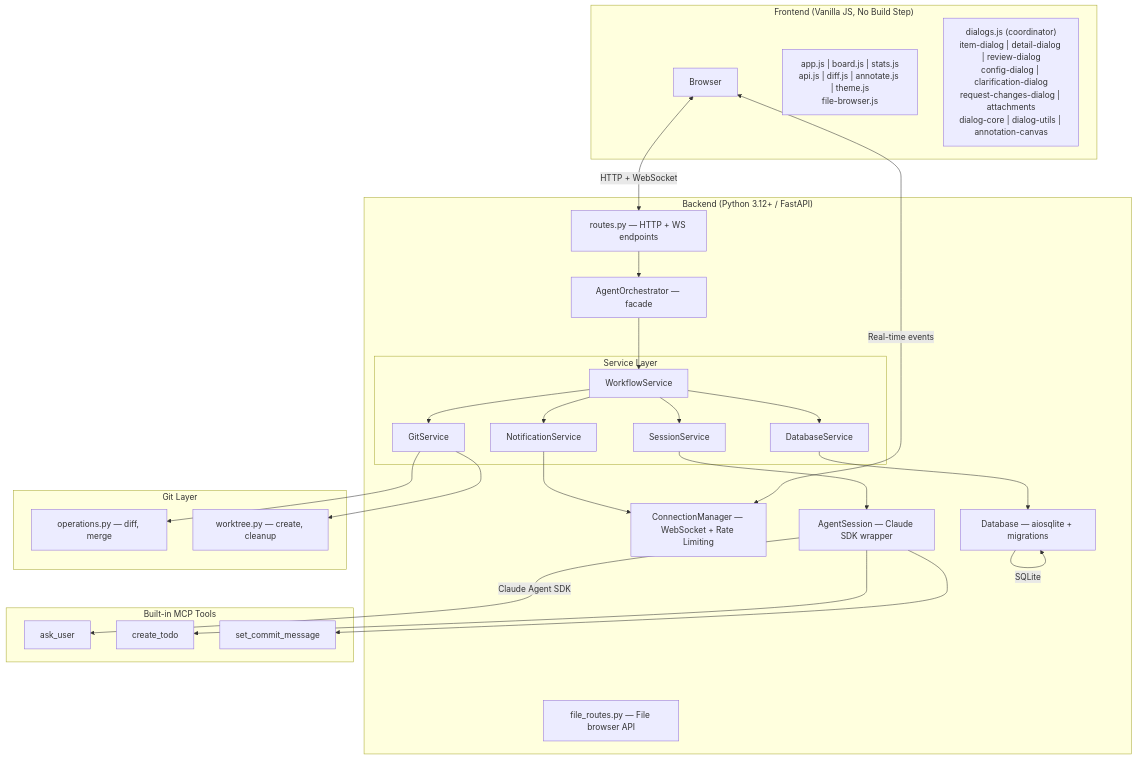
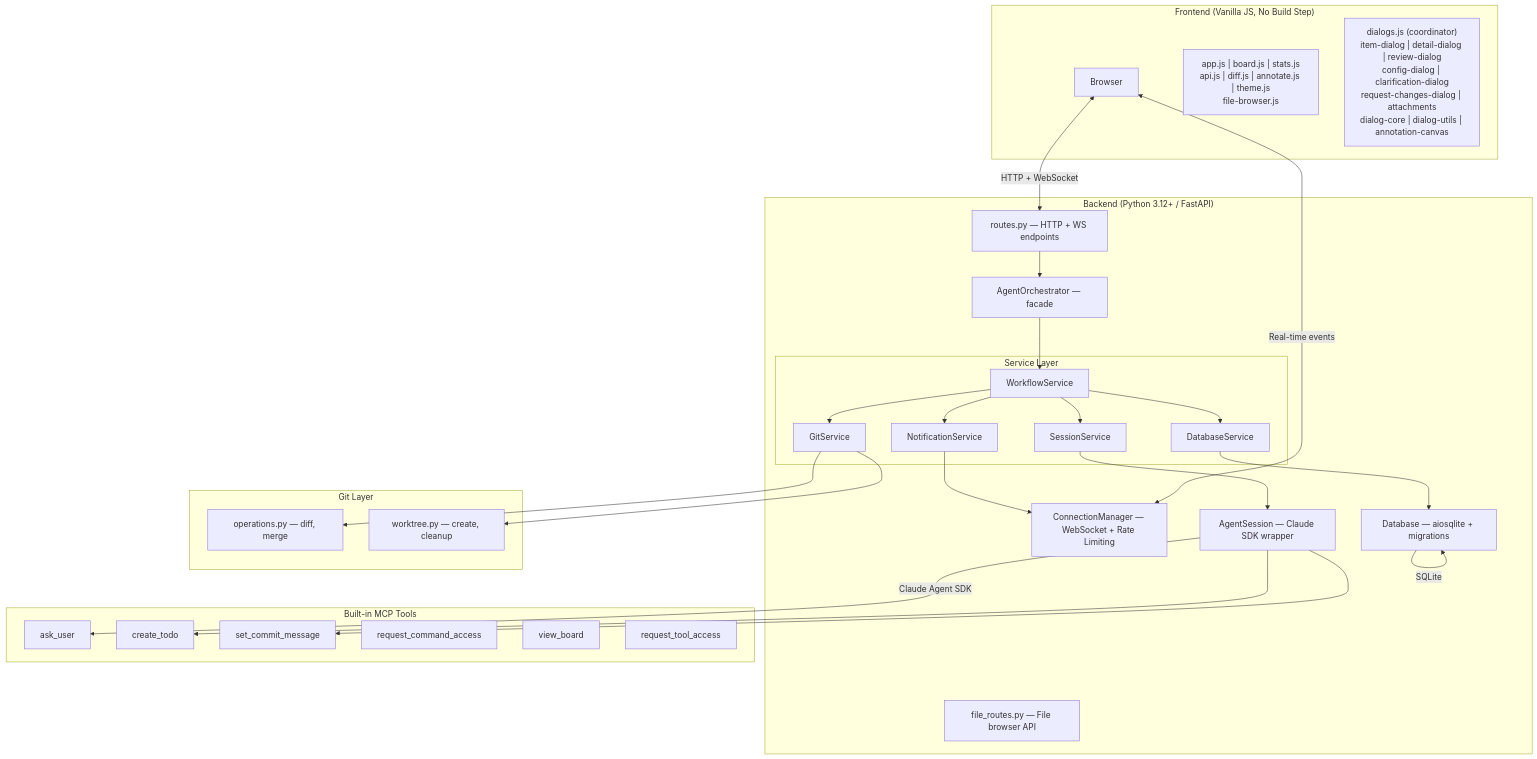
Before and after one commit to epatel/claude-agents-dashboard: the second of 4 diagrams in README.md, drawn with Mermaid. The commit also changed other lines of this file and 4 other files, not shown here.

Commit message:
Update all documentation to reflect new agent tools (board_view, tool_access, tool_filter), accurate test counts (139), E2E tests, and current line counts

````diff
--- a/README.md
+++ b/README.md
@@ -109,53 +111,56 @@
 ```mermaid
 graph TB
     subgraph Frontend["Frontend (Vanilla JS, No Build Step)"]
         Browser["Browser"]
         JS["app.js | board.js | stats.js<br/>api.js | diff.js | annotate.js | theme.js<br/>file-browser.js"]
         Dlg["dialogs.js (coordinator)<br/>item-dialog | detail-dialog | review-dialog<br/>config-dialog | clarification-dialog<br/>request-changes-dialog | attachments<br/>dialog-core | dialog-utils | annotation-canvas"]
     end
 
     subgraph Backend["Backend (Python 3.12+ / FastAPI)"]
         Routes["routes.py — HTTP + WS endpoints"]
         FileRoutes["file_routes.py — File browser API"]
         WSMgr["ConnectionManager — WebSocket + Rate Limiting"]
         Orch["AgentOrchestrator — facade"]
         subgraph Svc["Service Layer"]
             WF["WorkflowService"]
             DBS["DatabaseService"]
             NS["NotificationService"]
             GS["GitService"]
             SS["SessionService"]
         end
         Sess["AgentSession — Claude SDK wrapper"]
         DB["Database — aiosqlite + migrations"]
     end
 
     subgraph MCP["Built-in MCP Tools"]
         Ask["ask_user"]
         TodoTool["create_todo"]
         CommitTool["set_commit_message"]
+        CmdAccess["request_command_access"]
+        BoardView["view_board"]
+        ToolAccess["request_tool_access"]
     end
 
     subgraph GitLayer["Git Layer"]
         GitOps["operations.py — diff, merge"]
         WT["worktree.py — create, cleanup"]
     end
 
     Browser <-->|"HTTP + WebSocket"| Routes
     Routes --> Orch
     Orch --> WF
     WF --> DBS
     WF --> GS
     WF --> NS
     WF --> SS
     SS --> Sess
     DBS --> DB
     NS --> WSMgr
     WSMgr <-->|"Real-time events"| Browser
     Sess -->|"Claude Agent SDK"| Ask
     Sess --> TodoTool
     Sess --> CommitTool
     DB -->|SQLite| DB
     GS --> GitOps
     GS --> WT
 ```
````
